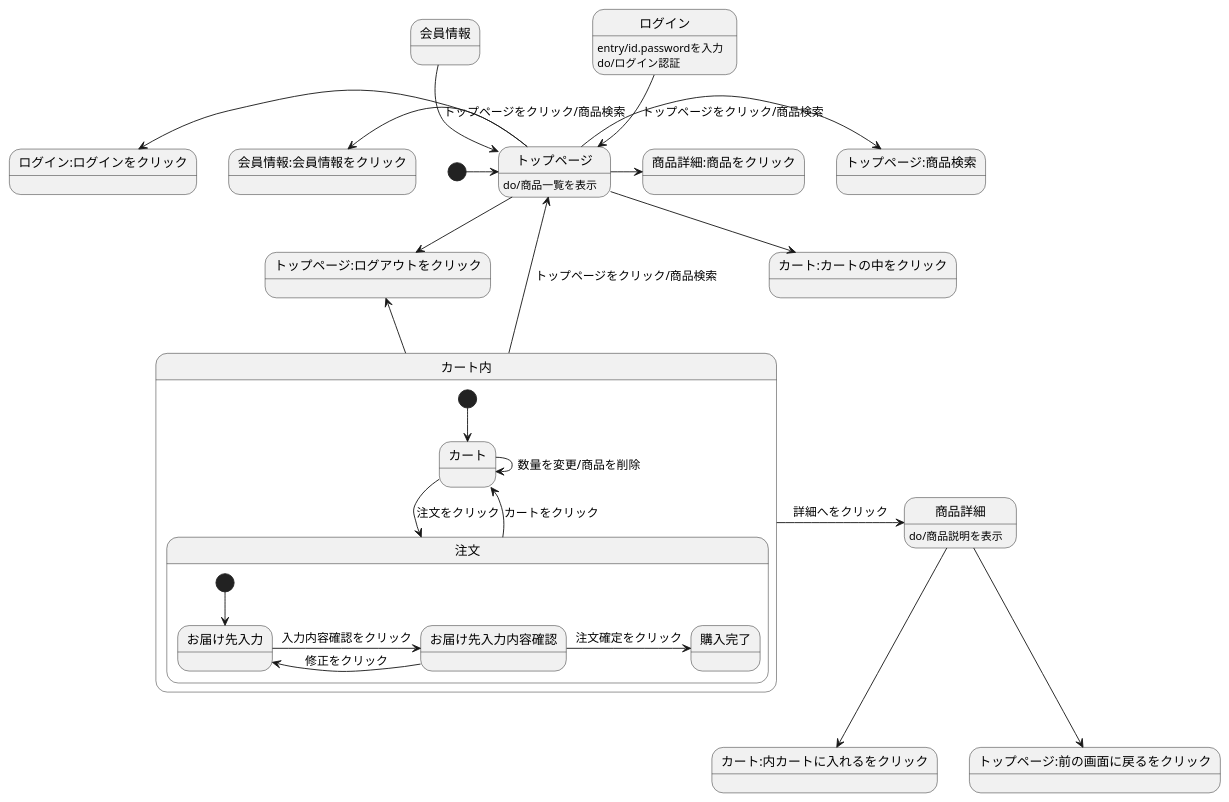
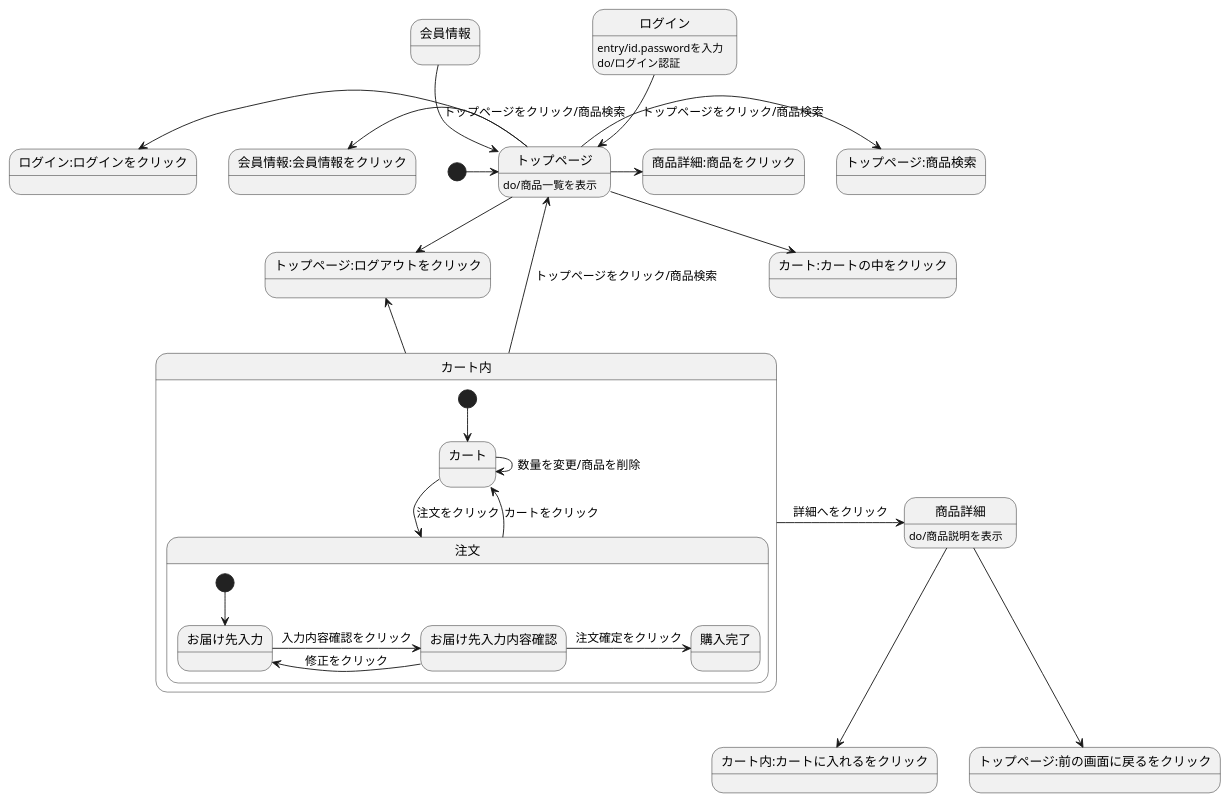
One commit to Aso2001165/2021sys-design-3 changed the diagram in stm01.md. Above: the diagram before and after it, drawn with PlantUML.

````diff
--- a/stm01.md
+++ b/stm01.md
@@ -1,36 +1,36 @@
 ```uml
 @startuml
 [*] -> トップページ
 会員情報 --> トップページ : トップページをクリック/商品検索
 ログイン --> トップページ:トップページをクリック/商品検索
 ログイン:entry/id.passwordを入力
 ログイン:do/ログイン認証
 トップページ --> トップページ:ログアウトをクリック
 トップページ -> トップページ:商品検索
 トップページ -> 商品詳細:商品をクリック
 トップページ -left-> 会員情報:会員情報をクリック
 トップページ -left-> ログイン:ログインをクリック
 トップページ --> カート:カートの中をクリック
 トップページ : do/商品一覧を表示
-商品詳細 --> カート:内カートに入れるをクリック
+商品詳細 --> カート内:カートに入れるをクリック
 商品詳細 --> トップページ:前の画面に戻るをクリック
 商品詳細:do/商品説明を表示
 カート内 -up-> トップページ:トップページをクリック/商品検索
 カート内 -up-> トップページ:ログアウトをクリック
 カート内 -> 商品詳細 : 詳細へをクリック
 
 state カート内 {
  [*] --> カート
  カート -> 注文 : 注文をクリック
  カート -> カート : 数量を変更/商品を削除
  注文 --> カート : カートをクリック
 state 注文 {
 [*] --> お届け先入力
  お届け先入力 -> お届け先入力内容確認 : 入力内容確認をクリック
  お届け先入力内容確認 -> お届け先入力 : 修正をクリック
  お届け先入力内容確認 -> 購入完了 : 注文確定をクリック
  }
 }
 
 @enduml
 ```
````
